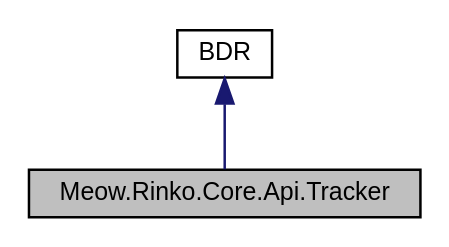
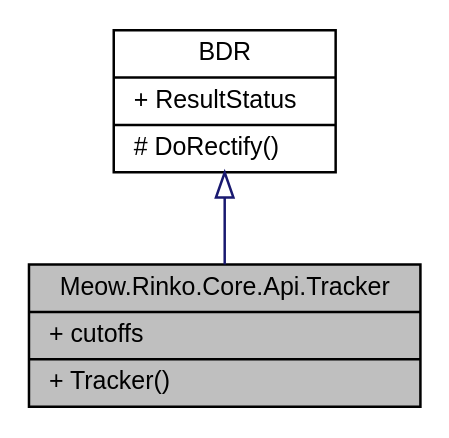
The diagram in docs/class_meow_1_1_rinko_1_1_core_1_1_api_1_1_tracker__coll__graph.dot (DavidSciMeow/Meow.Rinko.Base), drawn with Graphviz before and after one commit. The commit also changed 313 other files, not shown here.

```diff
--- a/docs/class_meow_1_1_rinko_1_1_core_1_1_api_1_1_tracker__coll__graph.dot
+++ b/docs/class_meow_1_1_rinko_1_1_core_1_1_api_1_1_tracker__coll__graph.dot
@@ -1,9 +1,9 @@
 digraph "Meow.Rinko.Core.Api.Tracker"
 {
  // LATEX_PDF_SIZE
   edge [fontname="Helvetica",fontsize="10",labelfontname="Helvetica",labelfontsize="10"];
   node [fontname="Helvetica",fontsize="10",shape=record];
-  Node1 [label="Meow.Rinko.Core.Api.Tracker",height=0.2,width=0.4,color="black", fillcolor="grey75", style="filled", fontcolor="black",tooltip="榜线高度查询"];
-  Node2 -> Node1 [dir="back",color="midnightblue",fontsize="10",style="solid",fontname="Helvetica"];
-  Node2 [label="BDR",height=0.2,width=0.4,color="black", fillcolor="white", style="filled",URL="$class_meow_1_1_rinko_1_1_core_1_1_api_1_1_b_d_r.html",tooltip="所有带参数查询的返回基类"];
+  Node1 [label="{Meow.Rinko.Core.Api.Tracker\n|+ cutoffs\l|+ Tracker()\l}",height=0.2,width=0.4,color="black", fillcolor="grey75", style="filled", fontcolor="black",tooltip="榜线高度查询"];
+  Node2 -> Node1 [dir="back",color="midnightblue",fontsize="10",style="solid",arrowtail="onormal",fontname="Helvetica"];
+  Node2 [label="{BDR\n|+ ResultStatus\l|# DoRectify()\l}",height=0.2,width=0.4,color="black", fillcolor="white", style="filled",URL="$class_meow_1_1_rinko_1_1_core_1_1_api_1_1_b_d_r.html",tooltip="所有带参数查询的返回基类"];
 }
```
